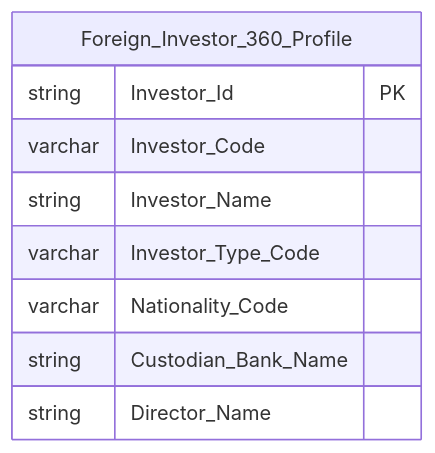
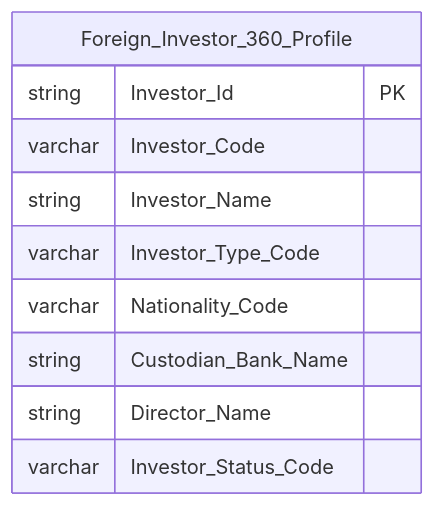
Before and after one commit to linhlvit/ubck_atomic_design: diagram 20 of 30 in Datamart/hld/DTM_NDTNN_HLD.md, drawn with Mermaid. The commit also changed other lines of this file and 11 other files, not shown here.

````diff
--- a/Datamart/hld/DTM_NDTNN_HLD.md
+++ b/Datamart/hld/DTM_NDTNN_HLD.md
@@ -978,13 +980,14 @@
 ```mermaid
 erDiagram
     Foreign_Investor_360_Profile {
         string Investor_Id PK
         varchar Investor_Code
         string Investor_Name
         varchar Investor_Type_Code
         varchar Nationality_Code
         string Custodian_Bank_Name
         string Director_Name
+        varchar Investor_Status_Code
     }
 
 ```
````
